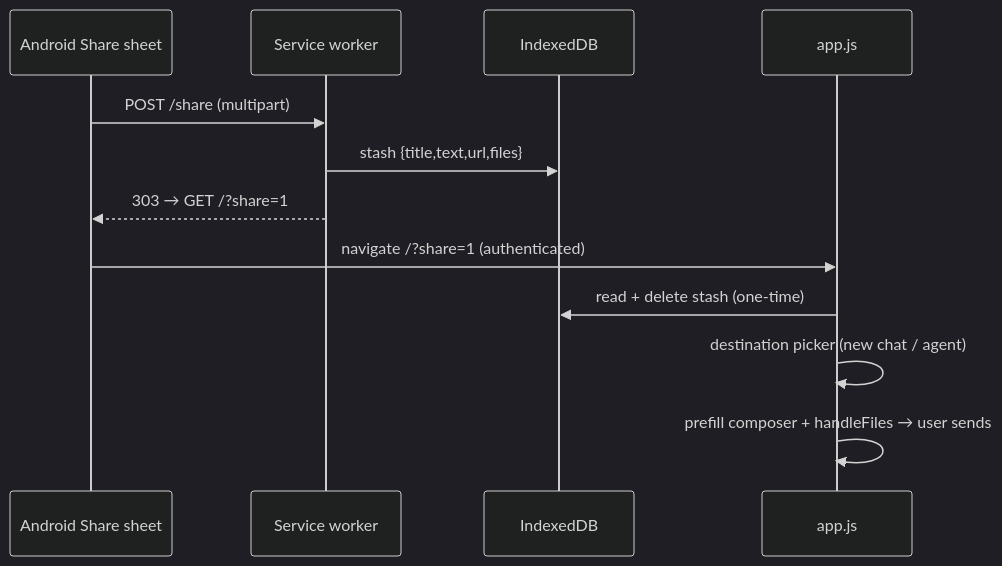
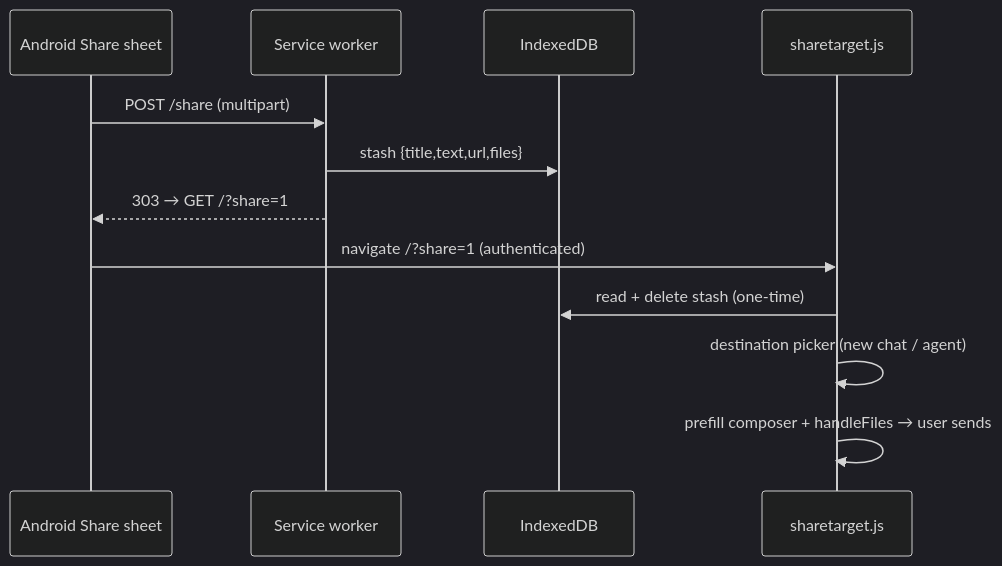
One commit to Expecho/Agent42 changed the diagram in docs/features/android-share-target.md. Above: the diagram before and after it, drawn with Mermaid (dark theme). The commit also changed other lines of this file and 21 other files, not shown here.

````diff
--- a/docs/features/android-share-target.md
+++ b/docs/features/android-share-target.md
@@ -22,15 +22,15 @@
 ```mermaid
 sequenceDiagram
     participant OS as Android Share sheet
     participant SW as Service worker
     participant IDB as IndexedDB
-    participant APP as app.js
+    participant APP as sharetarget.js
 
     OS->>SW: POST /share (multipart)
     SW->>IDB: stash {title,text,url,files}
     SW-->>OS: 303 → GET /?share=1
     OS->>APP: navigate /?share=1 (authenticated)
     APP->>IDB: read + delete stash (one-time)
     APP->>APP: destination picker (new chat / agent)
     APP->>APP: prefill composer + handleFiles → user sends
 ```
````
